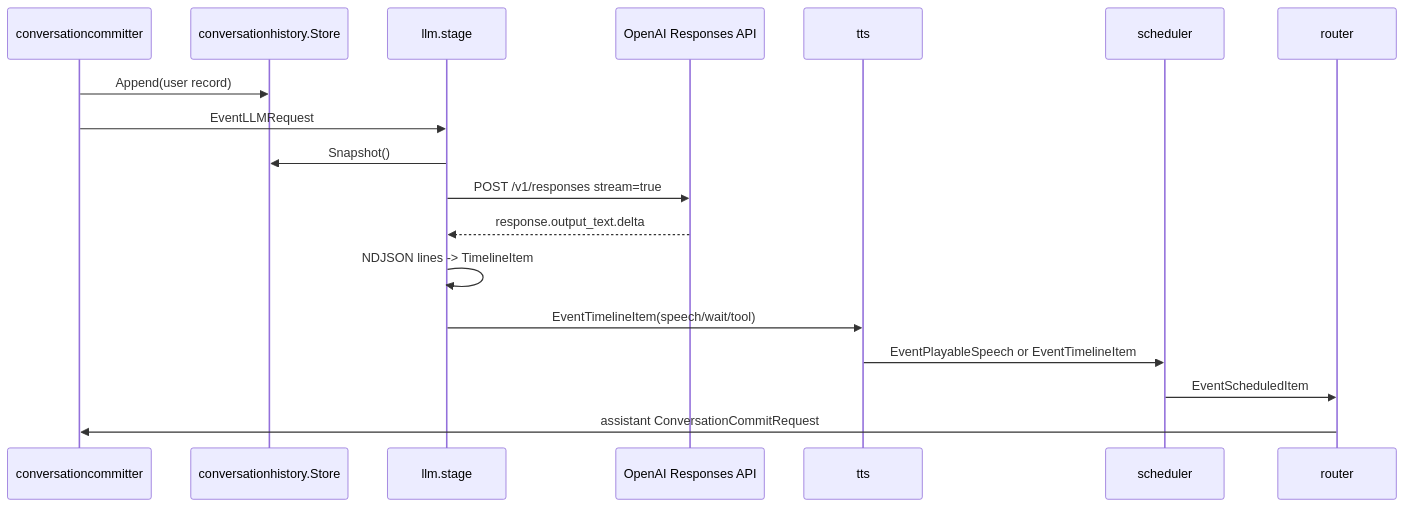
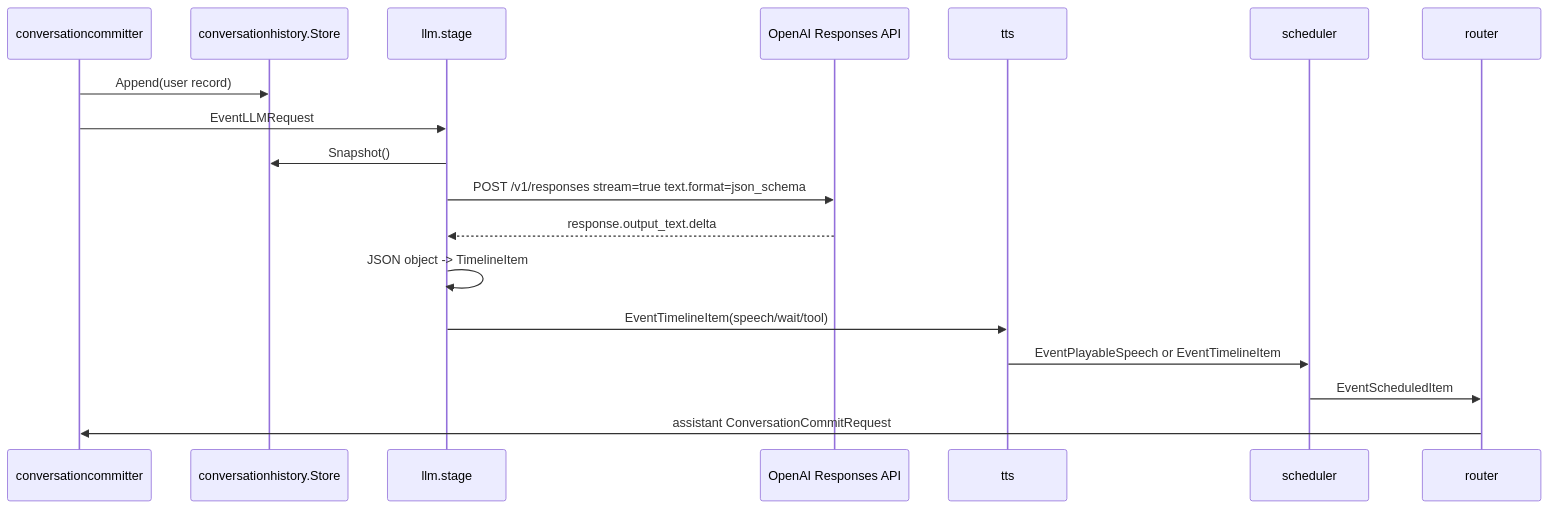
The first of 2 diagrams in docs/components/llm.md (tetetratra/smart-speaker), drawn with Mermaid before and after one commit. The commit also changed other lines of this file and 8 other files, not shown here.

````diff
--- a/docs/components/llm.md
+++ b/docs/components/llm.md
@@ -54,21 +59,21 @@
 ```mermaid
 sequenceDiagram
   participant Committer as conversationcommitter
   participant History as conversationhistory.Store
   participant LLM as llm.stage
   participant OpenAI as OpenAI Responses API
   participant TTS as tts
   participant Scheduler as scheduler
   participant Router as router
 
   Committer->>History: Append(user record)
   Committer->>LLM: EventLLMRequest
   LLM->>History: Snapshot()
-  LLM->>OpenAI: POST /v1/responses stream=true
+  LLM->>OpenAI: POST /v1/responses stream=true text.format=json_schema
   OpenAI-->>LLM: response.output_text.delta
-  LLM->>LLM: NDJSON lines -> TimelineItem
+  LLM->>LLM: JSON object -> TimelineItem
   LLM->>TTS: EventTimelineItem(speech/wait/tool)
   TTS->>Scheduler: EventPlayableSpeech or EventTimelineItem
   Scheduler->>Router: EventScheduledItem
   Router->>Committer: assistant ConversationCommitRequest
 ```
````
